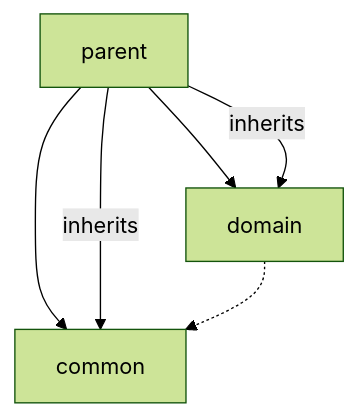
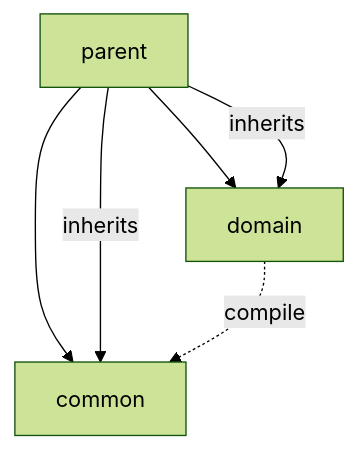
Before and after one commit to mjhaugsdal/maven-architect-plugin: the second of 2 diagrams in README.md, drawn with Mermaid (forest theme). The commit also changed other lines of this file and 7 other files, not shown here.

````diff
--- a/README.md
+++ b/README.md
@@ -132,11 +144,11 @@
 ```mermaid
 flowchart TD
     n0["common"]
     n1["domain"]
     n2["parent"]
     n2 --> n0
     n2 -->|inherits| n0
     n2 --> n1
     n2 -->|inherits| n1
-    n1 -.-> n0
+    n1 -.->|compile| n0
 ```
````
